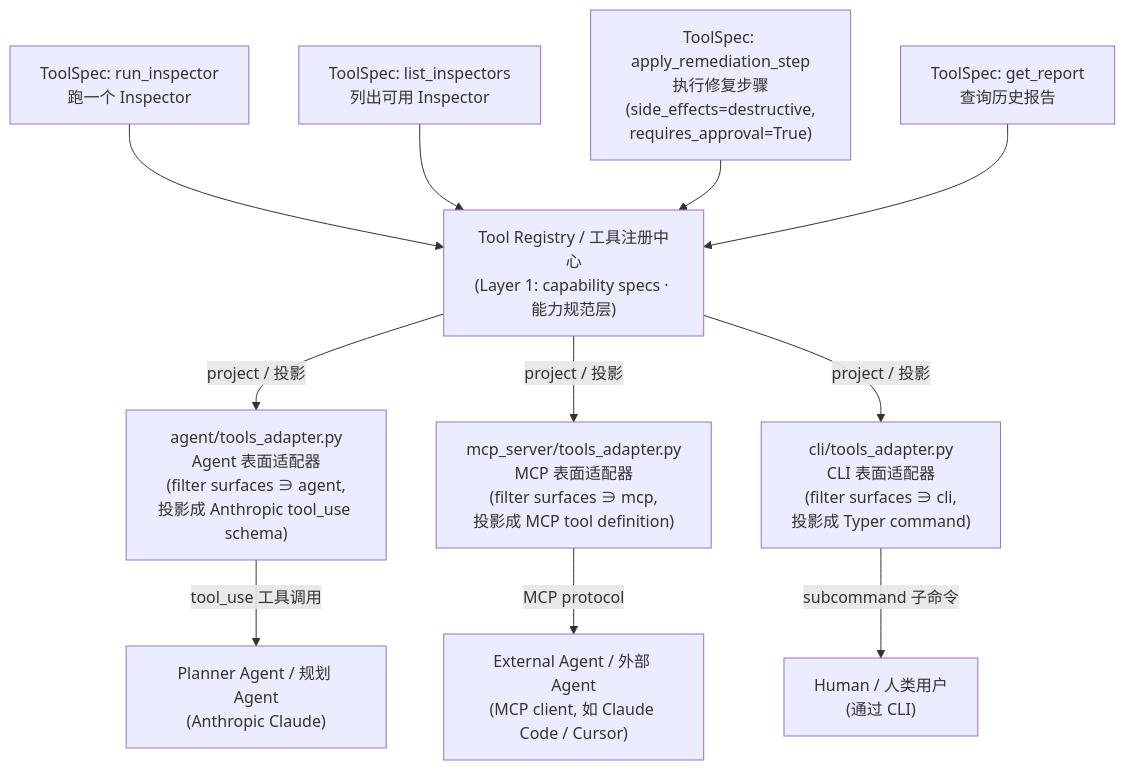
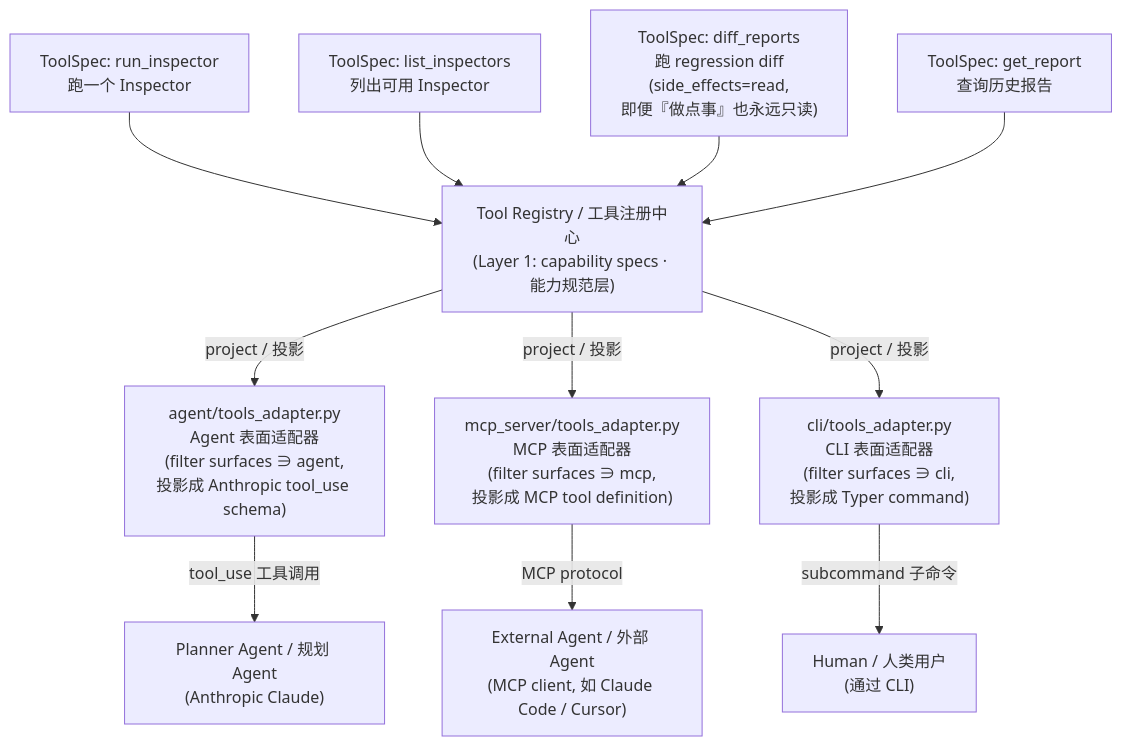
One commit to herbert-software/hostlens changed the second of 5 diagrams in docs/ARCHITECTURE.md. Above: the diagram before and after it, drawn with Mermaid. The commit also changed other lines of this file and 20 other files, not shown here.

````diff
--- a/docs/ARCHITECTURE.md
+++ b/docs/ARCHITECTURE.md
@@ -200,30 +200,30 @@
 ```mermaid
 graph TD
     spec1["ToolSpec: run_inspector<br/>跑一个 Inspector"]
     spec2["ToolSpec: list_inspectors<br/>列出可用 Inspector"]
-    spec3["ToolSpec: apply_remediation_step<br/>执行修复步骤<br/>(side_effects=destructive,<br/>requires_approval=True)"]
+    spec3["ToolSpec: diff_reports<br/>跑 regression diff<br/>(side_effects=read,<br/>即便『做点事』也永远只读)"]
     spec4["ToolSpec: get_report<br/>查询历史报告"]
 
     registry["Tool Registry / 工具注册中心<br/>(Layer 1: capability specs · 能力规范层)"]
 
     agent_adapter["agent/tools_adapter.py<br/>Agent 表面适配器<br/>(filter surfaces ∋ agent,<br/>投影成 Anthropic tool_use schema)"]
     mcp_adapter["mcp_server/tools_adapter.py<br/>MCP 表面适配器<br/>(filter surfaces ∋ mcp,<br/>投影成 MCP tool definition)"]
     cli_adapter["cli/tools_adapter.py<br/>CLI 表面适配器<br/>(filter surfaces ∋ cli,<br/>投影成 Typer command)"]
 
     planner["Planner Agent / 规划 Agent<br/>(Anthropic Claude)"]
     mcp_client["External Agent / 外部 Agent<br/>(MCP client, 如 Claude Code / Cursor)"]
     human_cli["Human / 人类用户<br/>(通过 CLI)"]
 
     spec1 --> registry
     spec2 --> registry
     spec3 --> registry
     spec4 --> registry
 
     registry -->|"project / 投影"| agent_adapter
     registry -->|"project / 投影"| mcp_adapter
     registry -->|"project / 投影"| cli_adapter
 
     agent_adapter -->|"tool_use 工具调用"| planner
     mcp_adapter -->|"MCP protocol"| mcp_client
     cli_adapter -->|"subcommand 子命令"| human_cli
 ```
````
